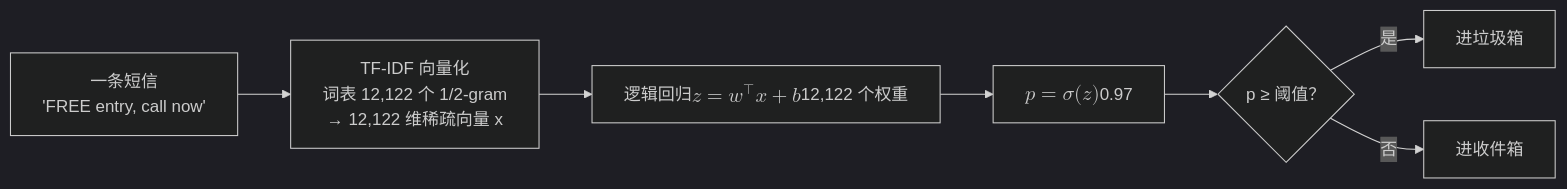
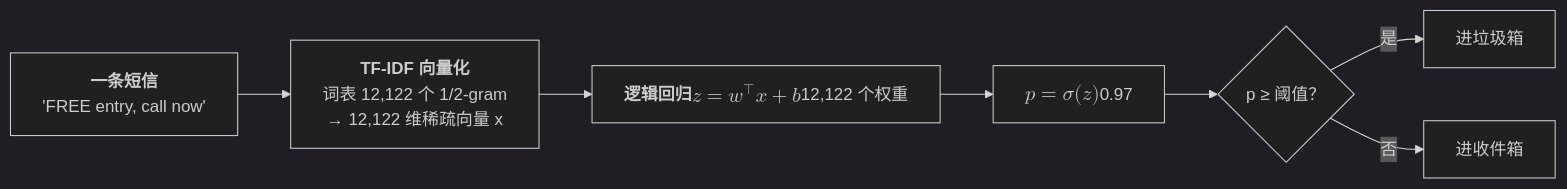
The diagram in _posts/2026-03-02-linear-and-logistic-regression-the-skeleton-of-reward-models.md (arganzheng/arganzheng.github.com), drawn with Mermaid (dark theme) before and after one commit. The commit also changed 8 other files, not shown here.

First line of the commit message:
LLM 时代的经典机器学习：只讲它在哪里重现：Mermaid 多行方框的首行标为标题（9 篇）

````diff
--- a/_posts/2026-03-02-linear-and-logistic-regression-the-skeleton-of-reward-models.md
+++ b/_posts/2026-03-02-linear-and-logistic-regression-the-skeleton-of-reward-models.md
@@ -525,10 +525,10 @@
 ```mermaid
 %% 图：垃圾短信过滤器——从一条短信到一个概率
 flowchart LR
-    T["一条短信<br/>'FREE entry, call now'"] --> V["TF-IDF 向量化<br/>词表 12,122 个 1/2-gram<br/>→ 12,122 维稀疏向量 x"]
-    V --> L["逻辑回归<br/>$$z = w^\top x + b$$<br/>12,122 个权重"]
-    L --> P["$$p = \sigma(z)$$<br/>0.97"]
+    T["<b>一条短信</b><br/>'FREE entry, call now'"] --> V["<b>TF-IDF 向量化</b><br/>词表 12,122 个 1/2-gram<br/>→ 12,122 维稀疏向量 x"]
+    V --> L["<b>逻辑回归</b><br/>$$z = w^\top x + b$$<br/>12,122 个权重"]
+    L --> P["<b>$$p = \sigma(z)$$</b><br/>0.97"]
     P --> D{"p ≥ 阈值？"}
     D -->|是| S[进垃圾箱]
     D -->|否| H[进收件箱]
 ```
````
